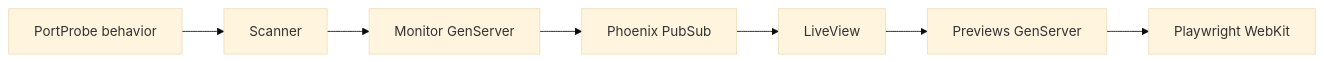
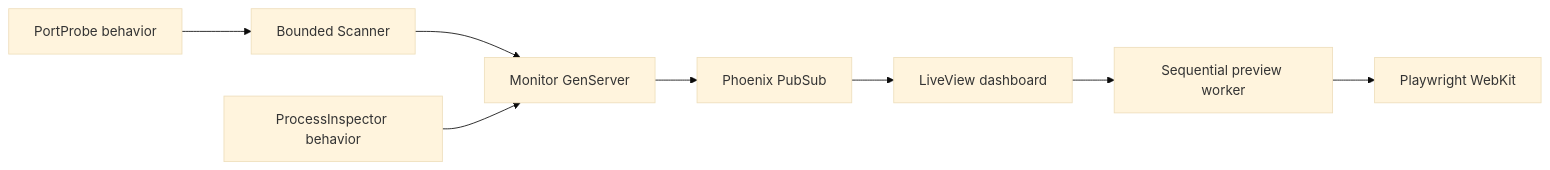
One commit to sallaumen/LocalWebMonitorex changed the diagram in README.md. Above: the diagram before and after it, drawn with Mermaid (base theme). The commit also changed other lines of this file and 16 other files, not shown here.

Commit message:
Add live process insights and English dashboard (#2)

````diff
--- a/README.md
+++ b/README.md
@@ -50,9 +72,10 @@
 ```mermaid
 flowchart LR
-  A[PortProbe behavior] --> B[Scanner]
-  B --> C[Monitor GenServer]
-  C --> D[Phoenix PubSub]
-  D --> E[LiveView]
-  E --> F[Previews GenServer]
-  F --> G[Playwright WebKit]
+  Probe[PortProbe behavior] --> Scanner[Bounded Scanner]
+  Scanner --> Monitor[Monitor GenServer]
+  Inspector[ProcessInspector behavior] --> Monitor
+  Monitor --> PubSub[Phoenix PubSub]
+  PubSub --> LiveView[LiveView dashboard]
+  LiveView --> Previews[Sequential preview worker]
+  Previews --> WebKit[Playwright WebKit]
 ```
````
